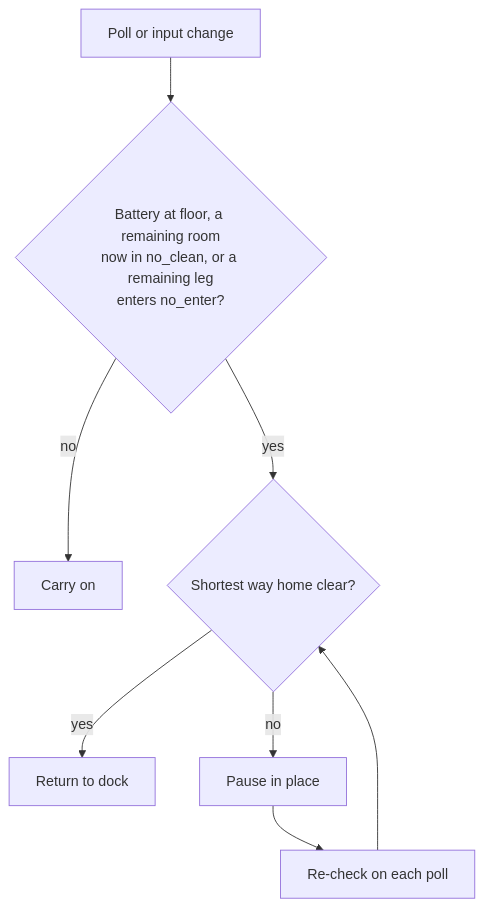
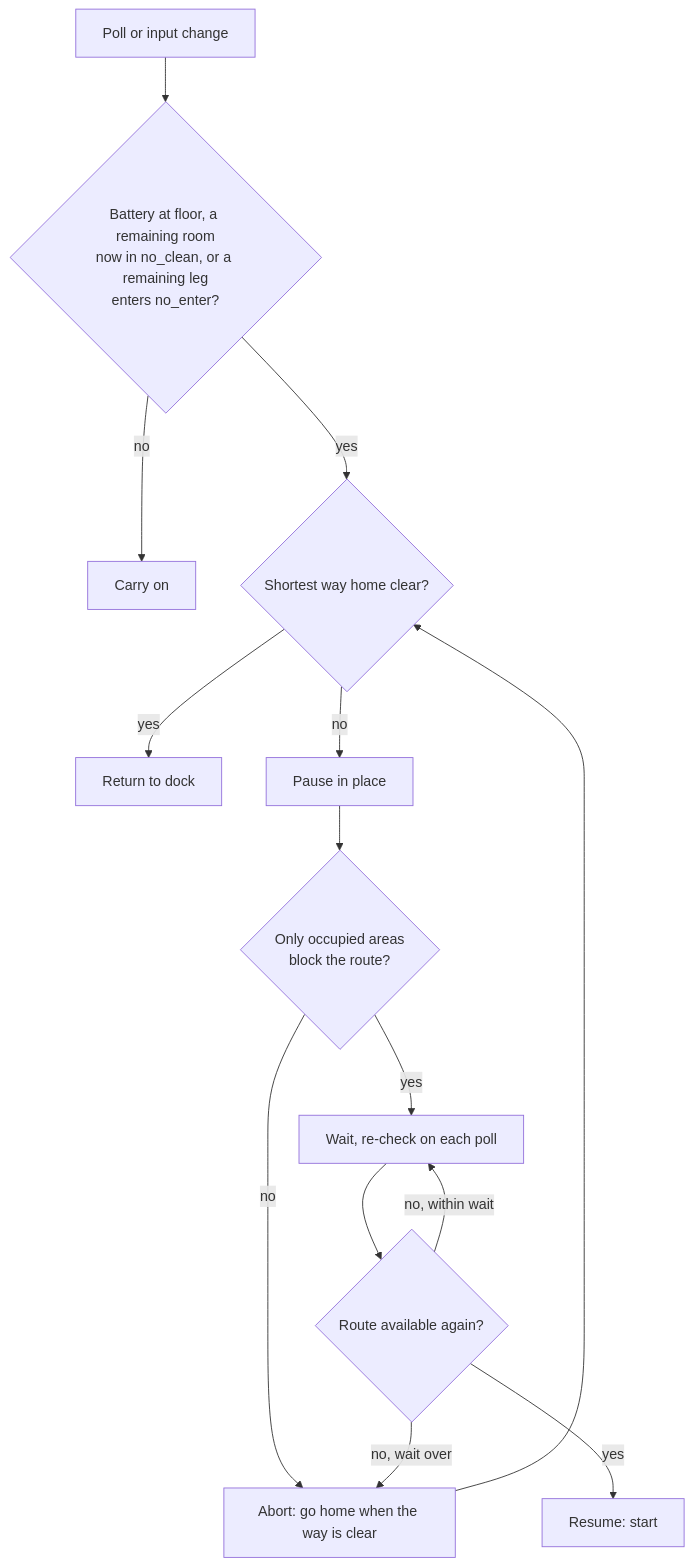
Before and after one commit to NickBorgers/home-automation: the eighth of 8 diagrams in docs/flows/VACUUM.md, drawn with Mermaid. The commit also changed other lines of this file and 9 other files, not shown here.

First line of the commit message:
Wait for a blocked vacuum route to clear before aborting the run (#1449)

````diff
--- a/docs/flows/VACUUM.md
+++ b/docs/flows/VACUUM.md
@@ -426,10 +426,16 @@
 ```mermaid
 flowchart TD
     A[Poll or input change] --> B{Battery at floor, a remaining room<br/>now in no_clean, or a remaining leg<br/>enters no_enter?}
     B -- no --> Z[Carry on]
     B -- yes --> C{Shortest way home clear?}
     C -- yes --> D[Return to dock]
     C -- no --> E[Pause in place]
-    E --> F[Re-check on each poll]
+    E --> W{Only occupied areas<br/>block the route?}
+    W -- no --> F[Abort: go home when the way is clear]
+    W -- yes --> G[Wait, re-check on each poll]
+    G --> H{Route available again?}
+    H -- yes --> R[Resume: start]
+    H -- no, wait over --> F
+    H -- no, within wait --> G
     F --> C
 ```
````
